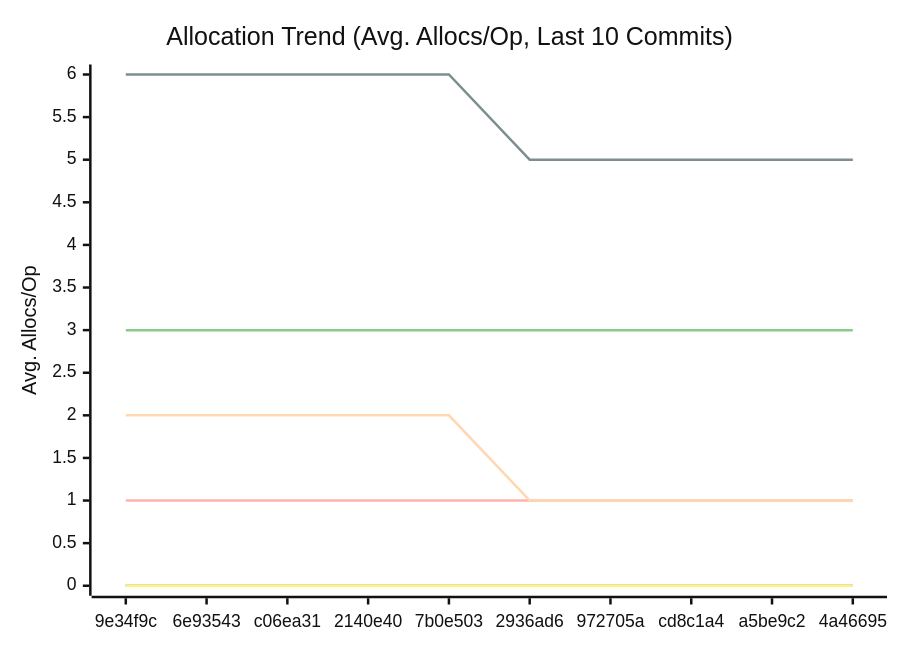
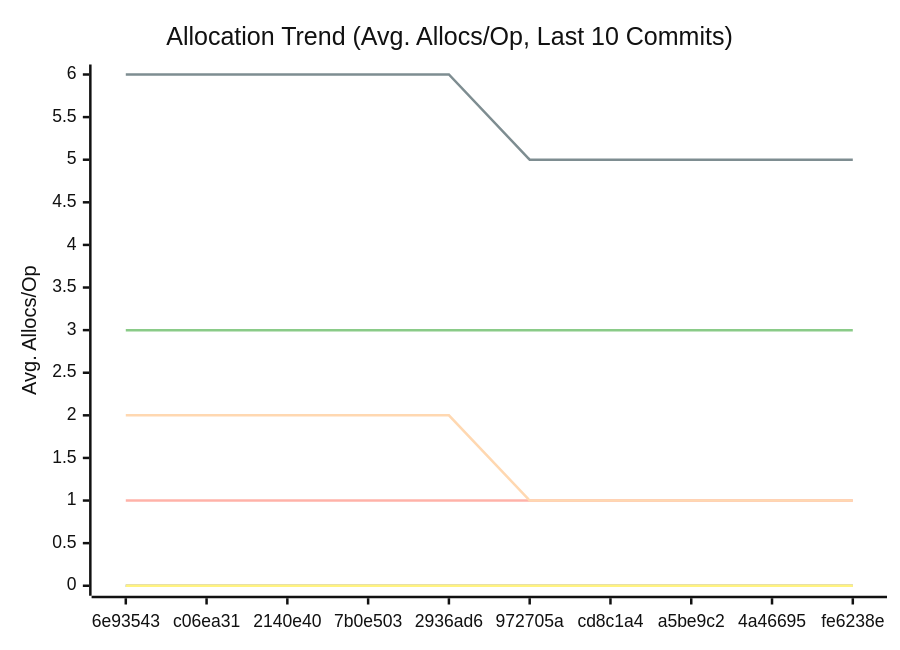
One commit to alsotoes/momo changed the third of 3 diagrams in docs/PERFORMANCE.md. Above: the diagram before and after it, drawn with Mermaid (neutral theme). The commit also changed other lines of this file and 9 other files, not shown here.

````diff
--- a/docs/PERFORMANCE.md
+++ b/docs/PERFORMANCE.md
@@ -114,16 +114,16 @@
 ```mermaid
 xychart-beta
     title "Allocation Trend (Avg. Allocs/Op, Last 10 Commits)"
     x-axis "Commit"
     y-axis "Avg. Allocs/Op"
-    x-axis [9e34f9c,6e93543,c06ea31,2140e40,7b0e503,2936ad6,972705a,cd8c1a4,a5be9c2,4a46695]
+    x-axis [6e93543,c06ea31,2140e40,7b0e503,2936ad6,972705a,cd8c1a4,a5be9c2,4a46695,fe6238e]
     line "CheckMetricsAndSwap" [0,0,0,0,0,0,0,0,0,0]
     line "CrushOptimized" [0,0,0,0,0,0,0,0,0,0]
     line "CrushOriginal" [3,3,3,3,3,3,3,3,3,3]
     line "IndexDirectTracking" [0,0,0,0,0,0,0,0,0,0]
     line "IndexSearch" [0,0,0,0,0,0,0,0,0,0]
     line "LoadGlobalConfig" [1,1,1,1,1,1,1,1,1,1]
     line "PadString" [0,0,0,0,0,0,0,0,0,0]
     line "ParseReplicationOrder_NoPrealloc" [6,6,6,6,6,5,5,5,5,5]
     line "ParseReplicationOrder_Prealloc" [2,2,2,2,2,1,1,1,1,1]
 ```
````
